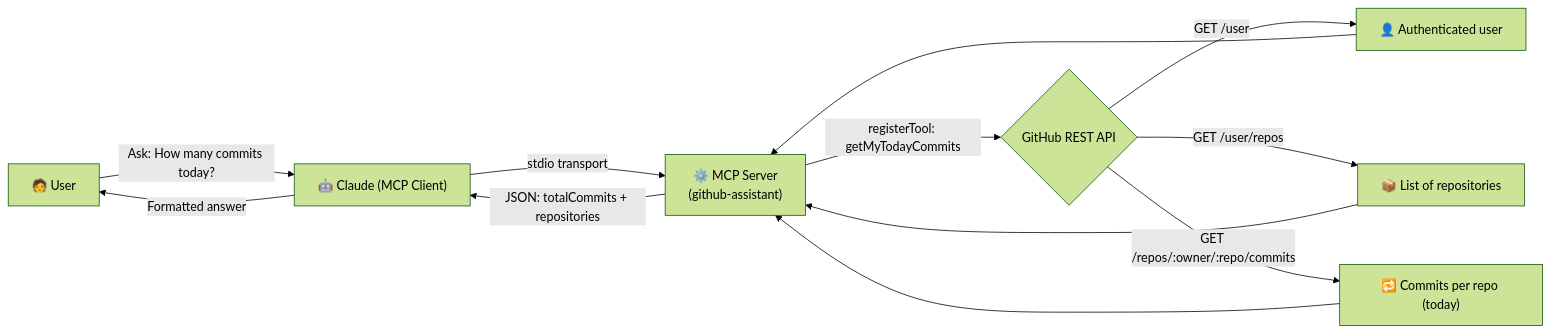
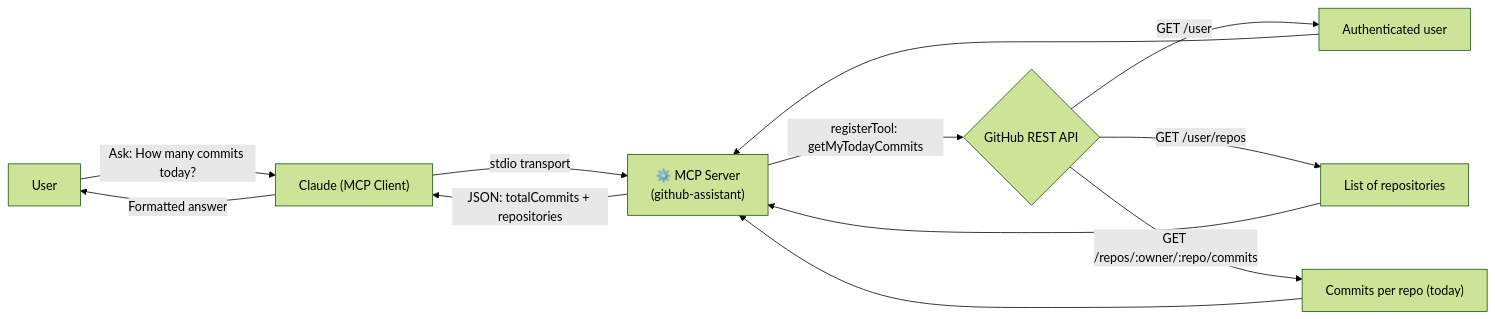
The diagram in README.md (JokkimDoras/github-mcp), drawn with Mermaid (forest theme) before and after one commit. The commit also changed other lines of this file, not shown here.

````diff
--- a/README.md
+++ b/README.md
@@ -9,14 +9,14 @@
 ```mermaid
 flowchart LR
-    A["🧑 User"] -->|"Ask: How many commits today?"| B["🤖 Claude (MCP Client)"]
+    A[" User"] -->|"Ask: How many commits today?"| B[" Claude (MCP Client)"]
     B -->|"stdio transport"| C["⚙️ MCP Server\n(github-assistant)"]
     C -->|"registerTool: getMyTodayCommits"| D{"GitHub REST API"}
-    D -->|"GET /user"| E["👤 Authenticated user"]
-    D -->|"GET /user/repos"| F["📦 List of repositories"]
-    D -->|"GET /repos/:owner/:repo/commits"| G["🔁 Commits per repo (today)"]
+    D -->|"GET /user"| E[" Authenticated user"]
+    D -->|"GET /user/repos"| F[" List of repositories"]
+    D -->|"GET /repos/:owner/:repo/commits"| G[" Commits per repo (today)"]
     E --> C
     F --> C
     G --> C
     C -->|"JSON: totalCommits + repositories"| B
     B -->|"Formatted answer"| A
 ```
````
